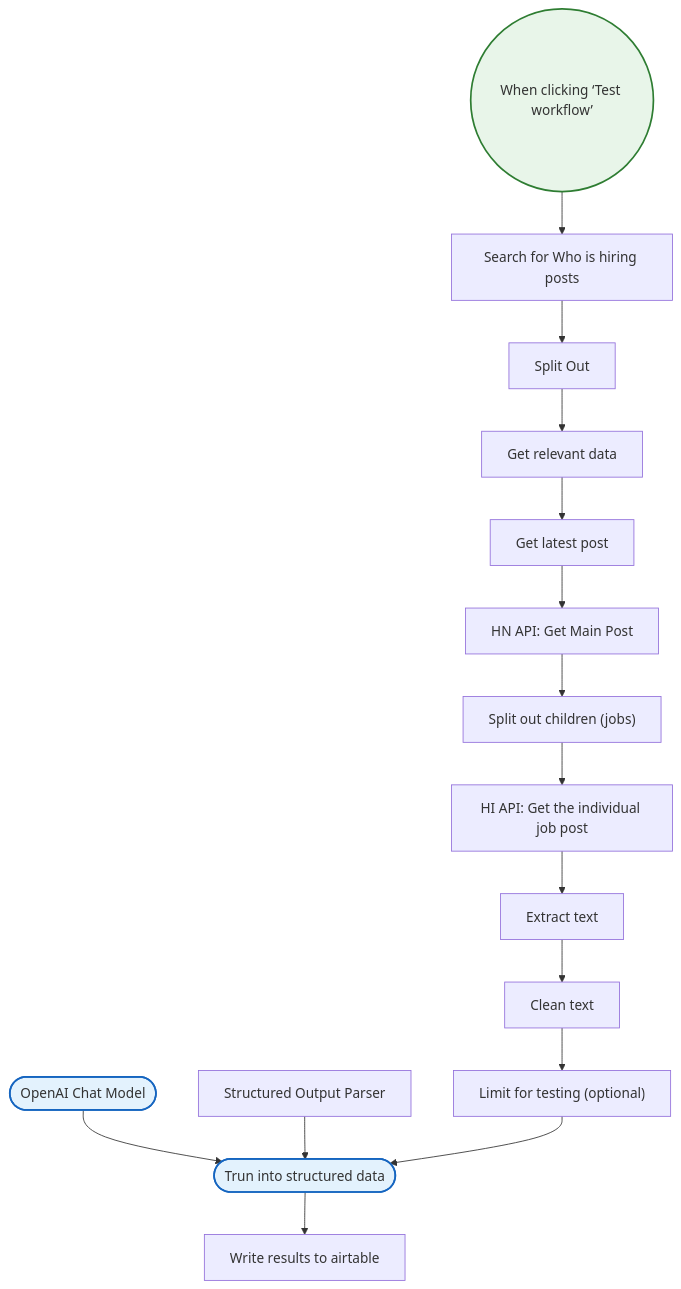
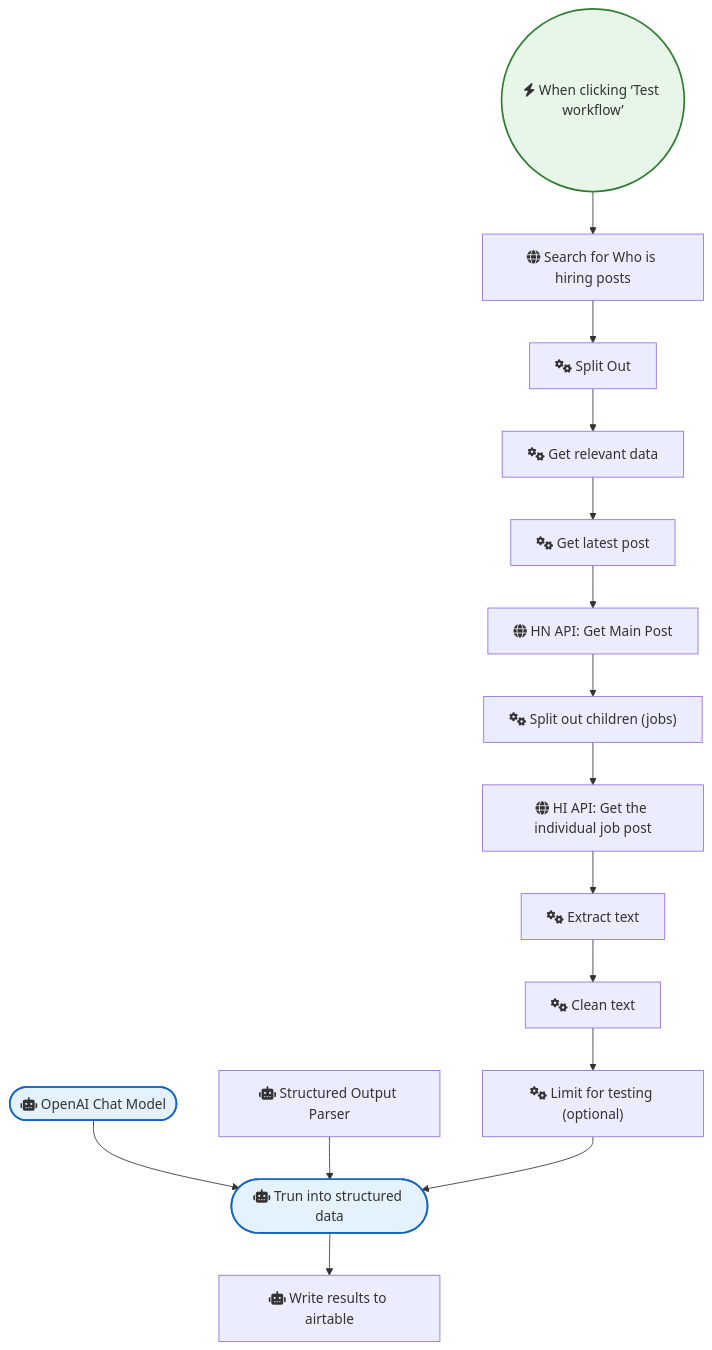
Before and after one commit to sreyash3105/N8N-DEMO-AUTOMATIONS: the diagram in AI_Research_RAG_and_Data_Analysis/Hn Who Is Hiring Scrape.md, drawn with Mermaid. The commit also changed 291 other files, not shown here.

````diff
--- a/AI_Research_RAG_and_Data_Analysis/Hn Who Is Hiring Scrape.md
+++ b/AI_Research_RAG_and_Data_Analysis/Hn Who Is Hiring Scrape.md
@@ -1,37 +1,37 @@
 ```mermaid
 graph TD
     classDef trigger fill:#e8f5e9,stroke:#2e7d32,stroke-width:2px;
     classDef ai fill:#e3f2fd,stroke:#1565c0,stroke-width:2px;
     classDef logic fill:#fff3e0,stroke:#ef6c00,stroke-width:2px;
 
-    When_clicking__Test_workflow_(("When clicking ‘Test workflow’")):::trigger
-    Split_Out["Split Out"]
-    OpenAI_Chat_Model(["OpenAI Chat Model"]):::ai
-    Structured_Output_Parser["Structured Output Parser"]
-    Search_for_Who_is_hiring_posts["Search for Who is hiring posts"]
-    Get_relevant_data["Get relevant data"]
-    Get_latest_post["Get latest post"]
-    Split_out_children__jobs_["Split out children (jobs)"]
-    Trun_into_structured_data(["Trun into structured data"]):::ai
-    Extract_text["Extract text"]
-    Clean_text["Clean text"]
-    Limit_for_testing__optional_["Limit for testing (optional)"]
-    Write_results_to_airtable["Write results to airtable"]
-    HI_API__Get_the_individual_job_post["HI API: Get the individual job post"]
-    HN_API__Get_Main_Post["HN API: Get Main Post"]
+    When_clicking__Test_workflow_(("fas:fa-bolt When clicking ‘Test workflow’")):::trigger
+    Split_Out["fas:fa-cogs Split Out"]
+    OpenAI_Chat_Model(["fas:fa-robot OpenAI Chat Model"]):::ai
+    Structured_Output_Parser["fas:fa-robot Structured Output Parser"]
+    Search_for_Who_is_hiring_posts["fas:fa-globe Search for Who is hiring posts"]
+    Get_relevant_data["fas:fa-cogs Get relevant data"]
+    Get_latest_post["fas:fa-cogs Get latest post"]
+    Split_out_children__jobs_["fas:fa-cogs Split out children (jobs)"]
+    Trun_into_structured_data(["fas:fa-robot Trun into structured data"]):::ai
+    Extract_text["fas:fa-cogs Extract text"]
+    Clean_text["fas:fa-cogs Clean text"]
+    Limit_for_testing__optional_["fas:fa-cogs Limit for testing (optional)"]
+    Write_results_to_airtable["fas:fa-robot Write results to airtable"]
+    HI_API__Get_the_individual_job_post["fas:fa-globe HI API: Get the individual job post"]
+    HN_API__Get_Main_Post["fas:fa-globe HN API: Get Main Post"]
 
     Split_Out --> Get_relevant_data
     Clean_text --> Limit_for_testing__optional_
     Extract_text --> Clean_text
     Get_latest_post --> HN_API__Get_Main_Post
     Get_relevant_data --> Get_latest_post
     OpenAI_Chat_Model --> Trun_into_structured_data
     HN_API__Get_Main_Post --> Split_out_children__jobs_
     Structured_Output_Parser --> Trun_into_structured_data
     Split_out_children__jobs_ --> HI_API__Get_the_individual_job_post
     Trun_into_structured_data --> Write_results_to_airtable
     Limit_for_testing__optional_ --> Trun_into_structured_data
     Search_for_Who_is_hiring_posts --> Split_Out
     When_clicking__Test_workflow_ --> Search_for_Who_is_hiring_posts
     HI_API__Get_the_individual_job_post --> Extract_text
 ```
````
